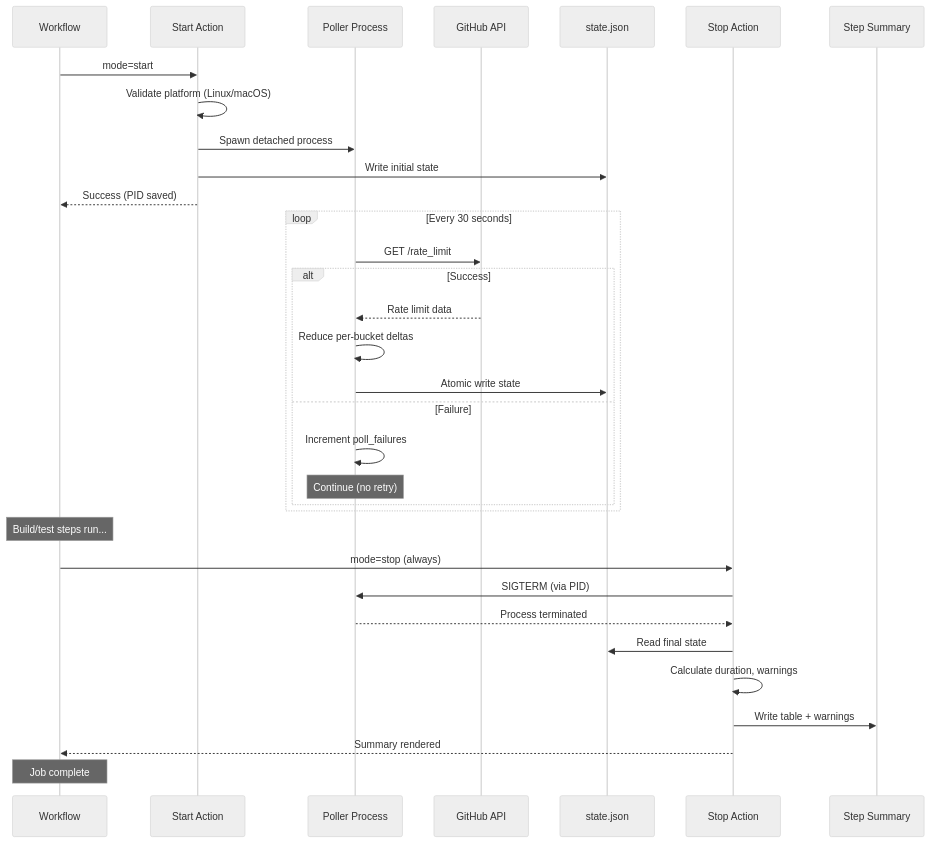
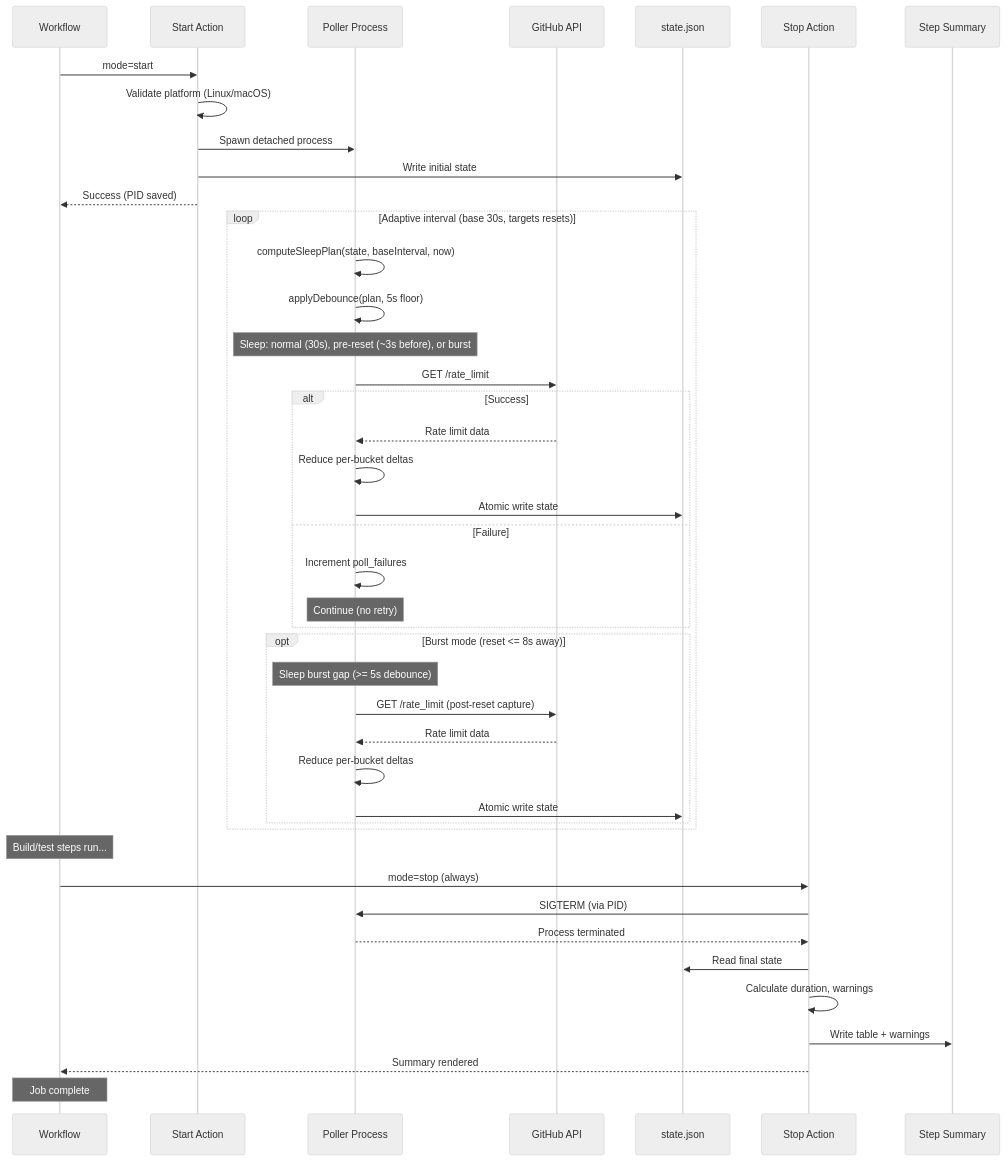
The diagram in docs/planning/diagrams/poller-lifecycle.mmd (hesreallyhim/github-api-usage-monitor), drawn with Mermaid (neutral theme) before and after one commit. The commit also changed 2 other files, not shown here.

Commit message:
docs: add ADR-002 for adaptive polling, update handoff and diagram
- ADR-002 documents the adaptive sleep plan, debounce layer, tunable
  constants, alternatives considered, and the optimization ceiling
- HANDOFF.md updated with new design decisions (items 2-4)
- Poller lifecycle diagram updated to show adaptive interval, burst
  mode, and debounce

```diff
--- a/docs/planning/diagrams/poller-lifecycle.mmd
+++ b/docs/planning/diagrams/poller-lifecycle.mmd
@@ -1,41 +1,51 @@
 %% github-api-usage-monitor v1 — Poller Lifecycle
 %% Generated from spec/spec.json
 
 sequenceDiagram
     participant WF as Workflow
     participant Start as Start Action
     participant Poller as Poller Process
     participant GH as GitHub API
     participant State as state.json
     participant Stop as Stop Action
     participant Summary as Step Summary
 
     WF->>Start: mode=start
     Start->>Start: Validate platform (Linux/macOS)
     Start->>Poller: Spawn detached process
     Start->>State: Write initial state
     Start-->>WF: Success (PID saved)
 
-    loop Every 30 seconds
+    loop Adaptive interval (base 30s, targets resets)
+        Poller->>Poller: computeSleepPlan(state, baseInterval, now)
+        Poller->>Poller: applyDebounce(plan, 5s floor)
+        Note over Poller: Sleep: normal (30s), pre-reset (~3s before), or burst
         Poller->>GH: GET /rate_limit
         alt Success
             GH-->>Poller: Rate limit data
             Poller->>Poller: Reduce per-bucket deltas
             Poller->>State: Atomic write state
         else Failure
             Poller->>Poller: Increment poll_failures
             Note over Poller: Continue (no retry)
+        end
+        opt Burst mode (reset <= 8s away)
+            Note over Poller: Sleep burst gap (>= 5s debounce)
+            Poller->>GH: GET /rate_limit (post-reset capture)
+            GH-->>Poller: Rate limit data
+            Poller->>Poller: Reduce per-bucket deltas
+            Poller->>State: Atomic write state
         end
     end
 
     Note over WF: Build/test steps run...
 
     WF->>Stop: mode=stop (always)
     Stop->>Poller: SIGTERM (via PID)
     Poller-->>Stop: Process terminated
     Stop->>State: Read final state
     Stop->>Stop: Calculate duration, warnings
     Stop->>Summary: Write table + warnings
     Stop-->>WF: Summary rendered
 
     Note over WF: Job complete
```
